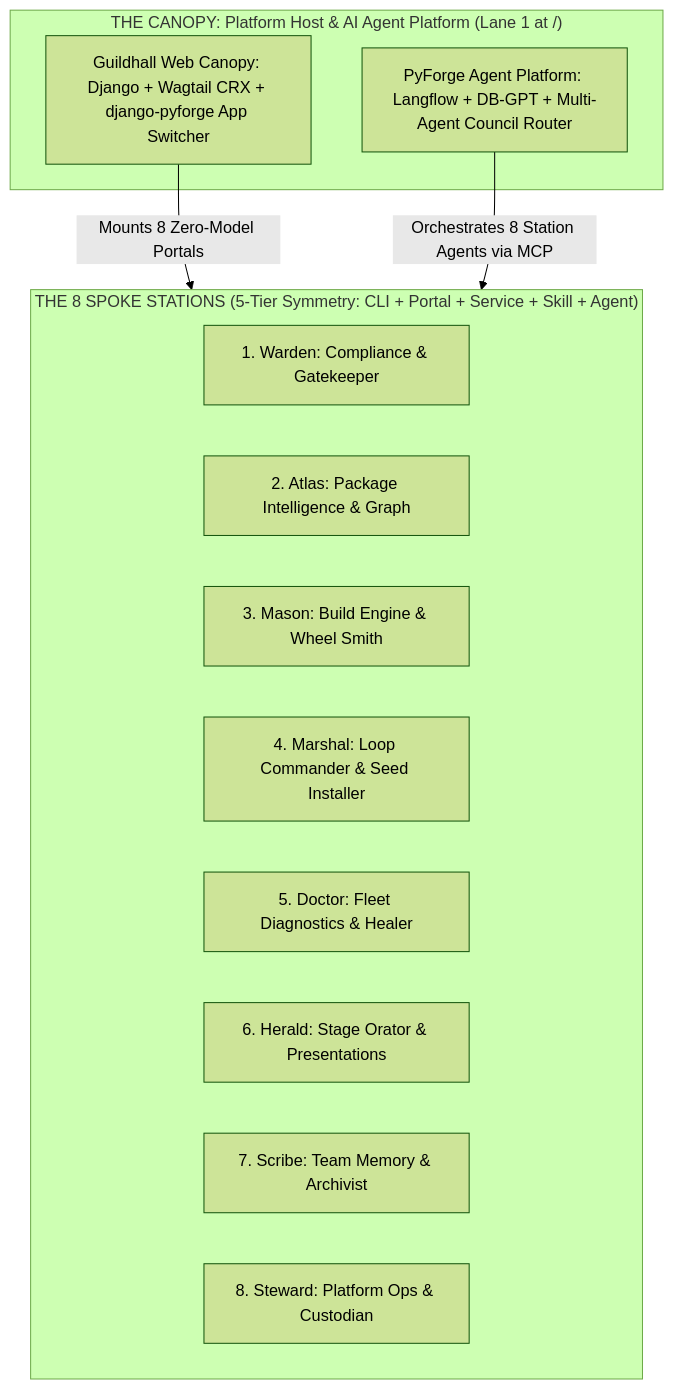
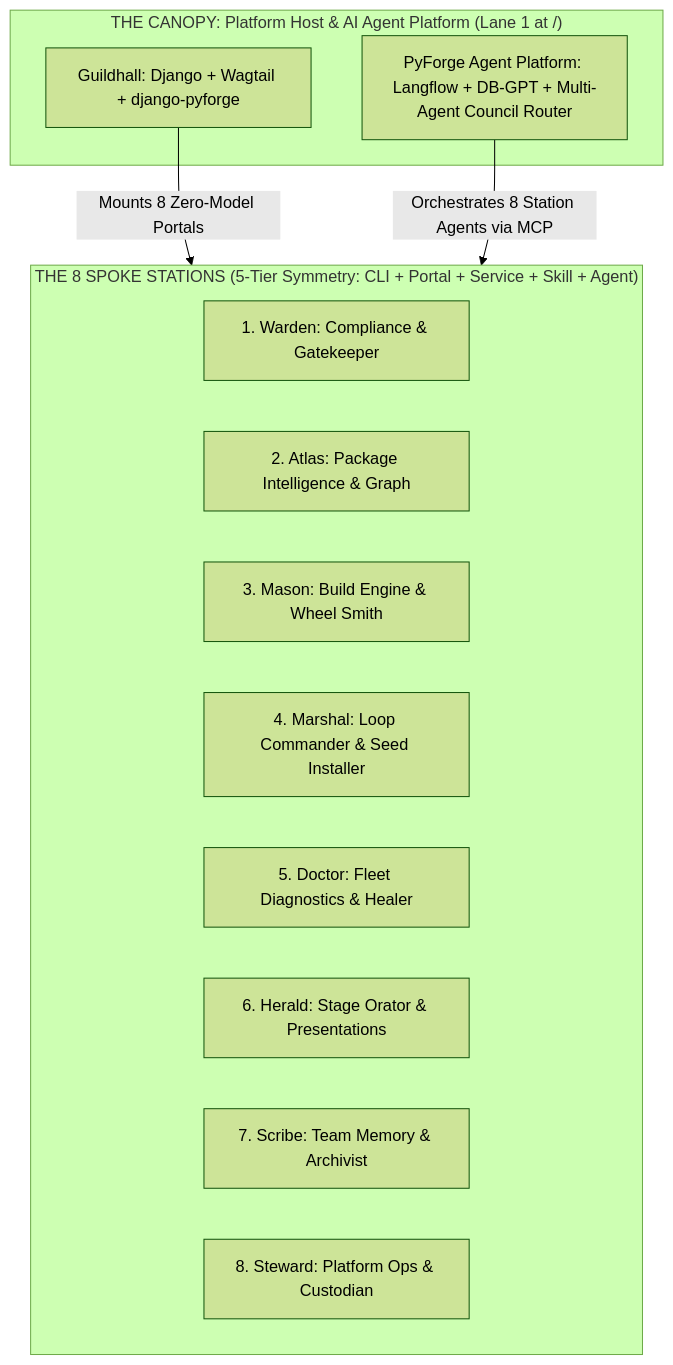
Before and after one commit to rxm7706/local-recipes: diagram 13 of 13 in docs/dreams/pyforge-unifying-strategy.md, drawn with Mermaid (forest theme). The commit also changed other lines of this file and 14 other files, not shown here.

````diff
--- a/docs/dreams/pyforge-unifying-strategy.md
+++ b/docs/dreams/pyforge-unifying-strategy.md
@@ -1357,21 +1448,21 @@
 ```mermaid
 graph TD
     subgraph Canopy["THE CANOPY: Platform Host & AI Agent Platform (Lane 1 at /)"]
-        Guildhall["Guildhall Web Canopy: Django + Wagtail CRX + django-pyforge App Switcher"]
+        Guildhall["Guildhall: Django + Wagtail + django-pyforge"]
         AgentPlatform["PyForge Agent Platform: Langflow + DB-GPT + Multi-Agent Council Router"]
     end
 
     subgraph Spokes["THE 8 SPOKE STATIONS (5-Tier Symmetry: CLI + Portal + Service + Skill + Agent)"]
         S1["1. Warden: Compliance & Gatekeeper"]
         S2["2. Atlas: Package Intelligence & Graph"]
         S3["3. Mason: Build Engine & Wheel Smith"]
         S4["4. Marshal: Loop Commander & Seed Installer"]
         S5["5. Doctor: Fleet Diagnostics & Healer"]
         S6["6. Herald: Stage Orator & Presentations"]
         S7["7. Scribe: Team Memory & Archivist"]
         S8["8. Steward: Platform Ops & Custodian"]
     end
 
     Guildhall -->|"Mounts 8 Zero-Model Portals"| Spokes
     AgentPlatform -->|"Orchestrates 8 Station Agents via MCP"| Spokes
 ```
````
